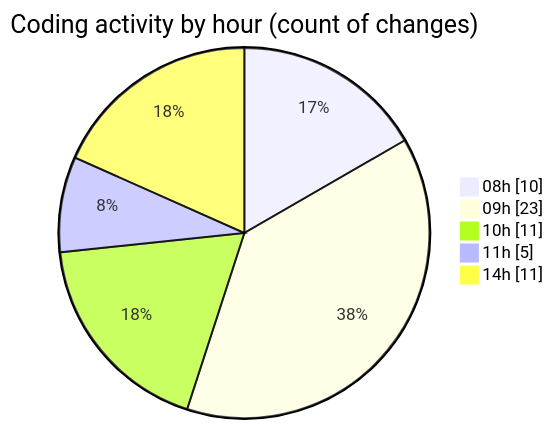
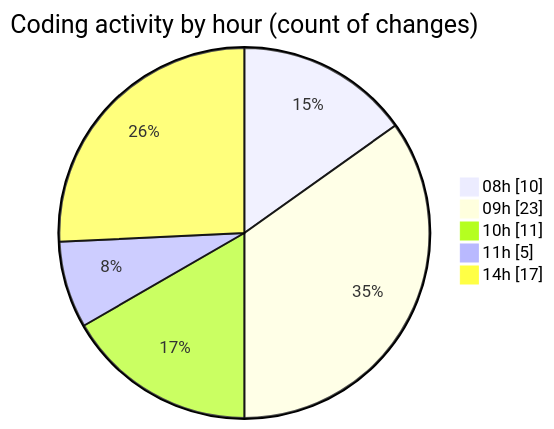
One commit to LanceThiago/code-tracking changed the second of 2 diagrams in 2025-01-07/nueva_carpeta/README.md. Above: the diagram before and after it, drawn with Mermaid. The commit also changed other lines of this file and 1 other file, not shown here.

````diff
--- a/2025-01-07/nueva_carpeta/README.md
+++ b/2025-01-07/nueva_carpeta/README.md
@@ -28,9 +28,9 @@
 ```mermaid
 pie showData
 title Coding activity by hour (count of changes)
 "08h" : 10
 "09h" : 23
 "10h" : 11
 "11h" : 5
-"14h" : 11
+"14h" : 17
 ```
````
